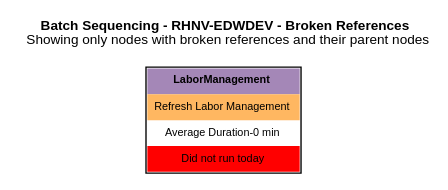
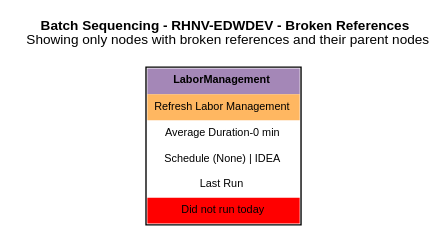
One commit to ronaldodiyar58811-prog/Ronalds-Random-Scripts changed the diagram in ShowBatchSequences/GraphViz/BatchSequenceDetail-IDEA_RHNV-EDWDEV.RHNV.HOSTED_BrokenRefs.gv. Above: the diagram before and after it, drawn with Graphviz. The commit also changed 57 other files, not shown here.

```diff
--- a/ShowBatchSequences/GraphViz/BatchSequenceDetail-IDEA_RHNV-EDWDEV.RHNV.HOSTED_BrokenRefs.gv
+++ b/ShowBatchSequences/GraphViz/BatchSequenceDetail-IDEA_RHNV-EDWDEV.RHNV.HOSTED_BrokenRefs.gv
@@ -1,6 +1,6 @@
 digraph "Batch Sequencing - RHNV-EDWDEV"{
     graph [layout=dot, fontname=Arial, fontsize=10, labelloc=t, label=<<b>Batch Sequencing - RHNV-EDWDEV - Broken References</b><br />Showing only nodes with broken references and their parent nodes<br /> >];
     node [shape=none, margin=0, fontname=Arial, fontsize=8];
-    "LaborManagement.Refresh Labor Management" [label=<<table border="1" cellspacing="0" cellpadding="5" cellborder="0"><tr><td bgcolor="#a487b7"><b>LaborManagement</b></td></tr><tr><td bgcolor="#ffb255ed" data-cell-info="Broken References">Refresh Labor Management</td></tr><tr><td>Average Duration-0 min</td></tr><tr>Last Run <td bgcolor="#FF0000" style="color: #ffffff">Did not run today</td></tr></table>>];
+    "LaborManagement.Refresh Labor Management" [label=<<table border="1" cellspacing="0" cellpadding="5" cellborder="0"><tr><td bgcolor="#a487b7"><b>LaborManagement</b></td></tr><tr><td bgcolor="#ffb255ed" data-cell-info="Broken References">Refresh Labor Management</td></tr><tr><td>Average Duration-0 min</td></tr><tr><td>Schedule (None) | IDEA</td></tr><tr><td>Last Run </td></tr><tr><td bgcolor="#FF0000" style="color: #ffffff">Did not run today</td></tr></table>>];
 
 }
```
